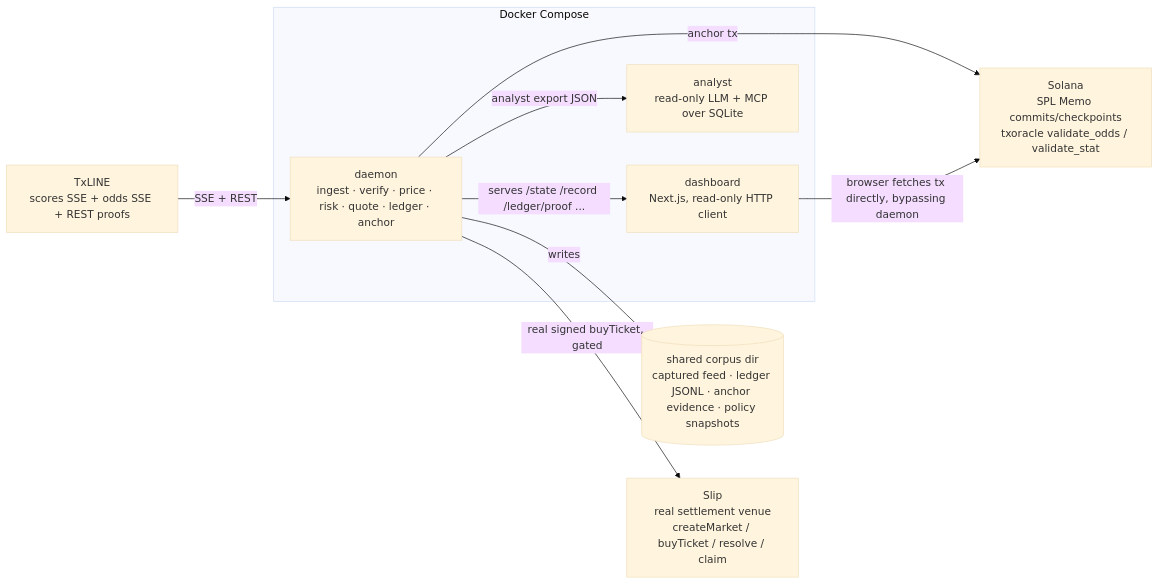
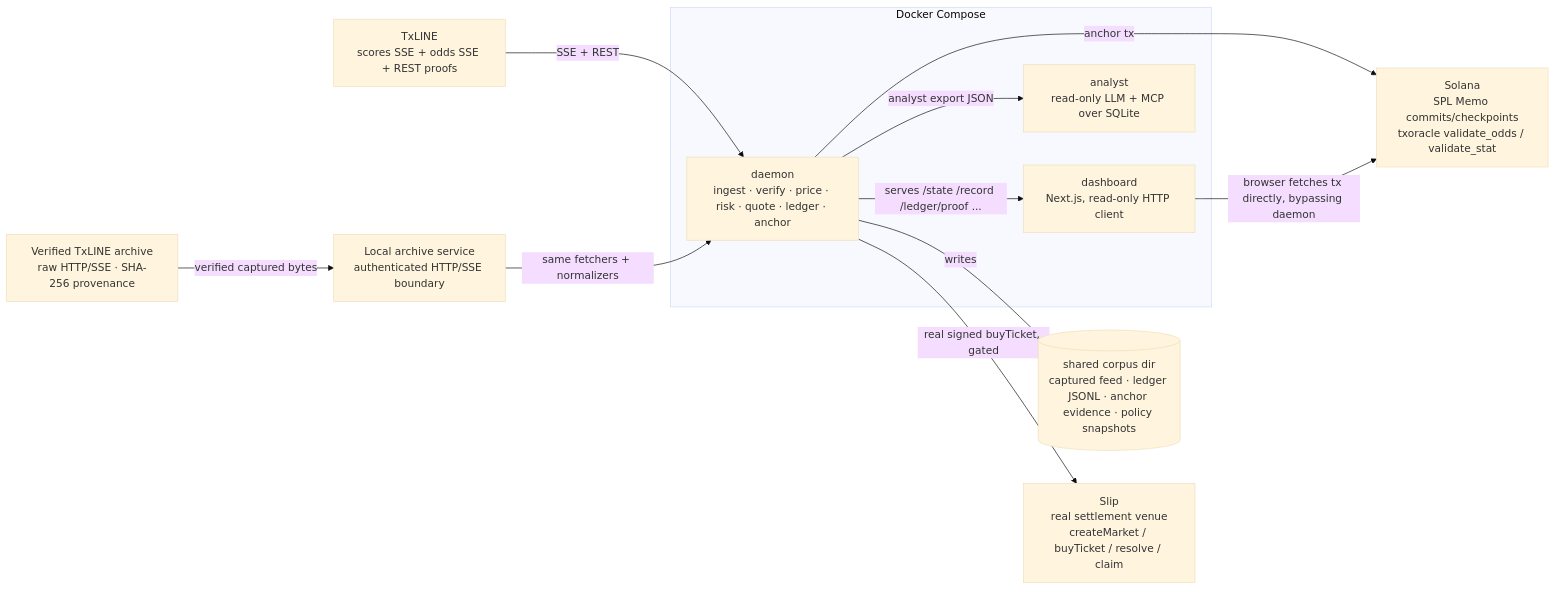
One commit to danielAsaboro/tissue changed the first of 5 diagrams in architecture.md. Above: the diagram before and after it, drawn with Mermaid (base theme). The commit also changed other lines of this file and 79 other files, not shown here.

````diff
--- a/architecture.md
+++ b/architecture.md
@@ -15,23 +15,27 @@
 ```mermaid
 flowchart LR
     TX["TxLINE\nscores SSE + odds SSE + REST proofs"]
+    ARCHIVE["Verified TxLINE archive\nraw HTTP/SSE · SHA-256 provenance"]
+    REPLAY["Local archive service\nauthenticated HTTP/SSE boundary"]
 
     subgraph runtime["Docker Compose"]
         D["daemon\ningest · verify · price · risk · quote · ledger · anchor"]
         DASH["dashboard\nNext.js, read-only HTTP client"]
         A["analyst\nread-only LLM + MCP over SQLite"]
     end
 
     CORPUS[("shared corpus dir\ncaptured feed · ledger JSONL · anchor evidence · policy snapshots")]
 
     SOL["Solana\nSPL Memo commits/checkpoints\ntxoracle validate_odds / validate_stat"]
     SLIP["Slip\nreal settlement venue\ncreateMarket / buyTicket / resolve / claim"]
 
     TX -->|SSE + REST| D
+    ARCHIVE -->|verified captured bytes| REPLAY
+    REPLAY -->|same fetchers + normalizers| D
     D -->|writes| CORPUS
     D -->|serves /state /record /ledger/proof ...| DASH
     D -->|analyst export JSON| A
     D -->|anchor tx| SOL
     D -->|real signed buyTicket, gated| SLIP
     DASH -->|browser fetches tx directly, bypassing daemon| SOL
 ```
````
